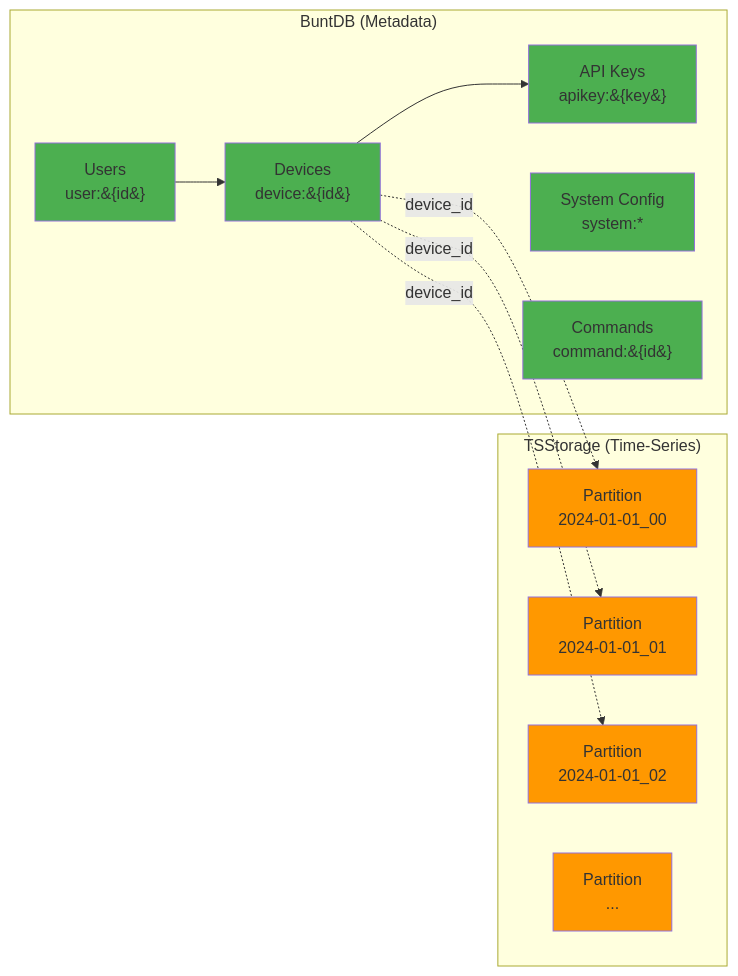
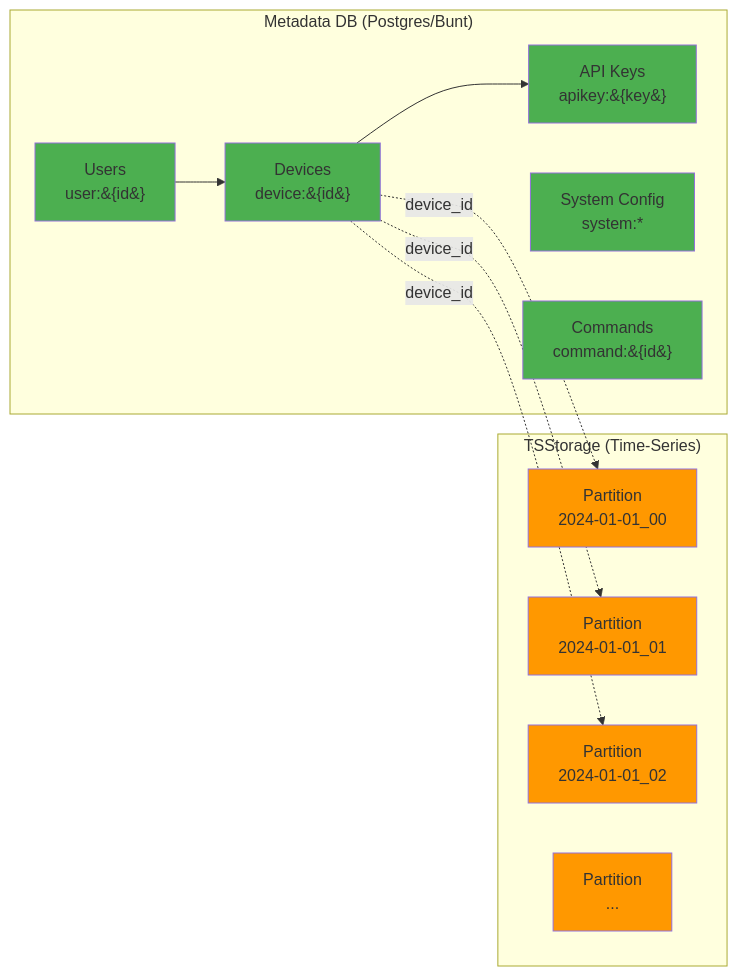
One commit to tevfik/datum-server changed the fourth of 15 diagrams in docs/diagrams/ARCHITECTURE.md. Above: the diagram before and after it, drawn with Mermaid. The commit also changed other lines of this file and 61 other files, not shown here.

````diff
--- a/docs/diagrams/ARCHITECTURE.md
+++ b/docs/diagrams/ARCHITECTURE.md
@@ -115,33 +120,33 @@
 ```mermaid
 graph LR
-    subgraph "BuntDB (Metadata)"
+    subgraph "Metadata DB (Postgres/Bunt)"
         U[Users<br/>user:&#123;id&#125;]
         D[Devices<br/>device:&#123;id&#125;]
         AK[API Keys<br/>apikey:&#123;key&#125;]
         SYS[System Config<br/>system:*]
         CMD[Commands<br/>command:&#123;id&#125;]
     end
     
     subgraph "TSStorage (Time-Series)"
         P1[Partition<br/>2024-01-01_00]
         P2[Partition<br/>2024-01-01_01]
         P3[Partition<br/>2024-01-01_02]
         PN[Partition<br/>...]
     end
     
     U --> D
     D --> AK
     D -.->|device_id| P1
     D -.->|device_id| P2
     D -.->|device_id| P3
     
     style U fill:#4CAF50
     style D fill:#4CAF50
     style AK fill:#4CAF50
     style SYS fill:#4CAF50
     style CMD fill:#4CAF50
     style P1 fill:#FF9800
     style P2 fill:#FF9800
     style P3 fill:#FF9800
     style PN fill:#FF9800
 ```
````
